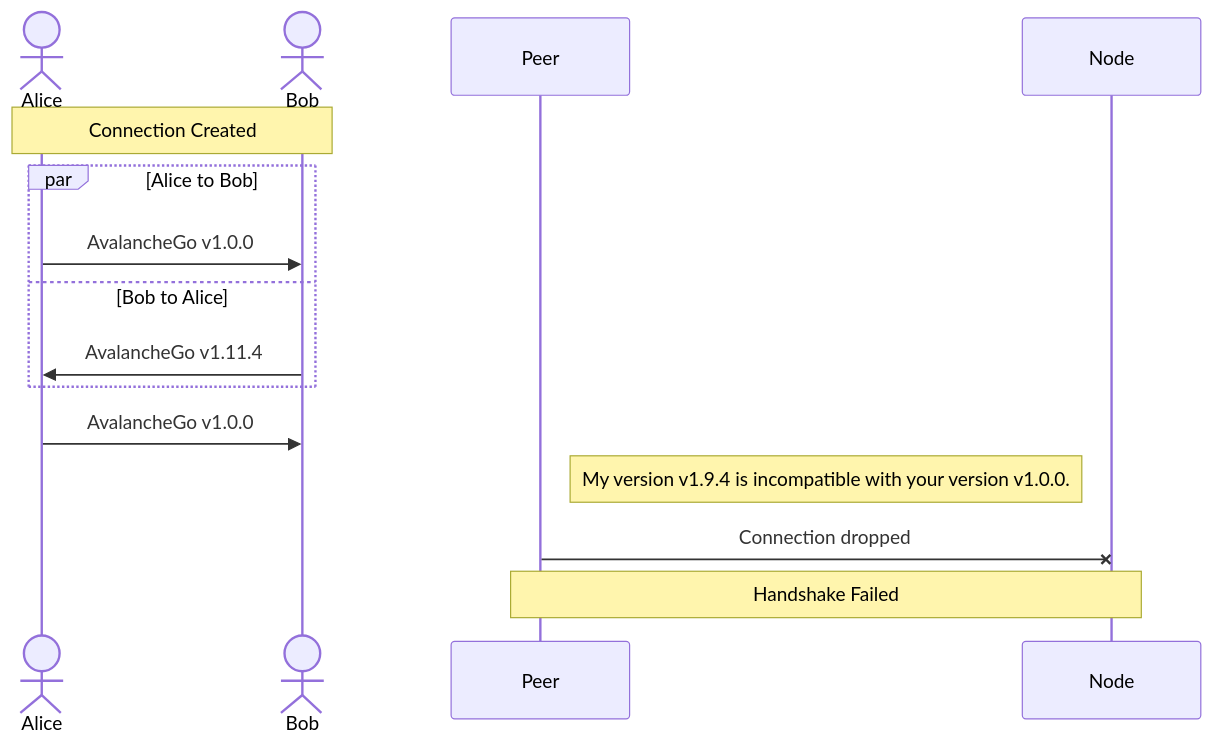
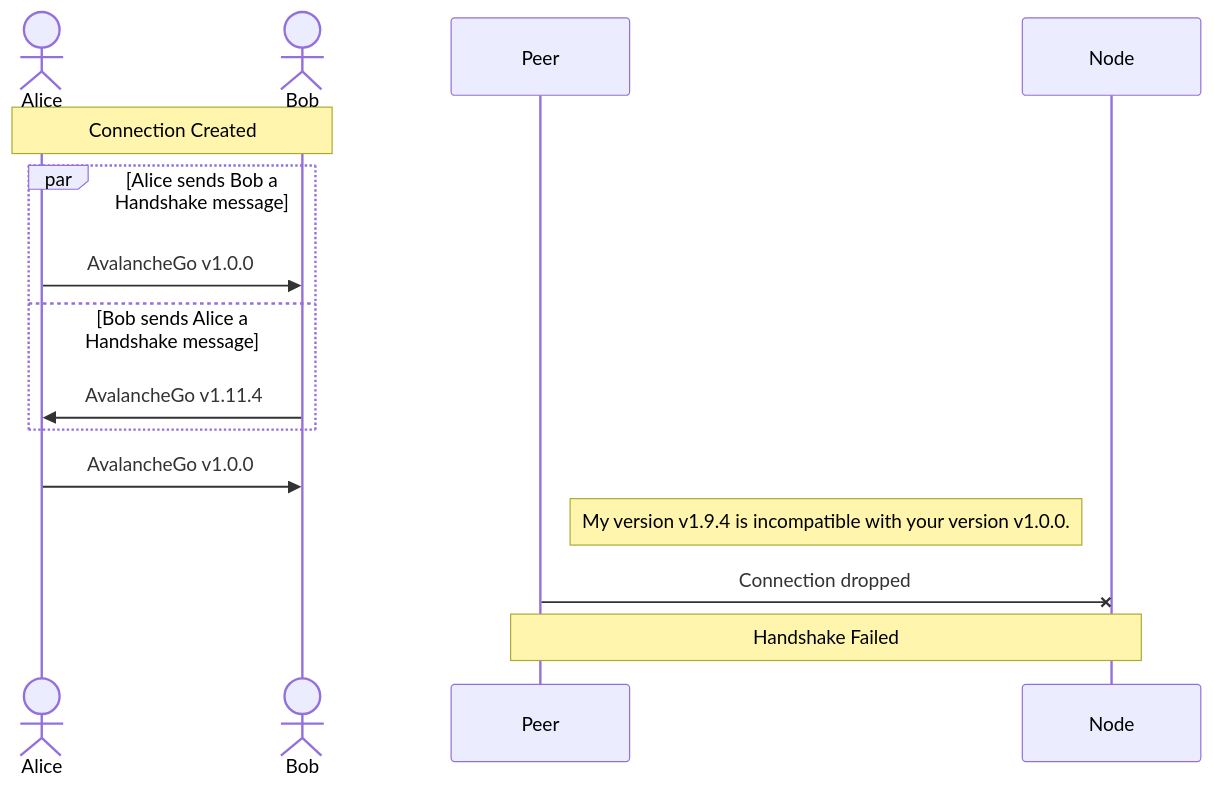
Before and after one commit to ava-labs/avalanchego: the second of 7 diagrams in network/README.md, drawn with Mermaid.

````diff
--- a/network/README.md
+++ b/network/README.md
@@ -52,15 +52,15 @@
 ```mermaid
 sequenceDiagram
     actor Alice
     actor Bob
     Note over Alice,Bob: Connection Created
-    par Alice to Bob
+    par Alice sends Bob a Handshake message
         Alice->>Bob: AvalancheGo v1.0.0
-    and Bob to Alice
+    and Bob sends Alice a Handshake message
         Bob->>Alice: AvalancheGo v1.11.4
     end
 Alice->>Bob: AvalancheGo v1.0.0
 Note right of Peer: My version v1.9.4 is incompatible with your version v1.0.0.
 Peer-xNode: Connection dropped
 Note over Node,Peer: Handshake Failed
 ```
````
